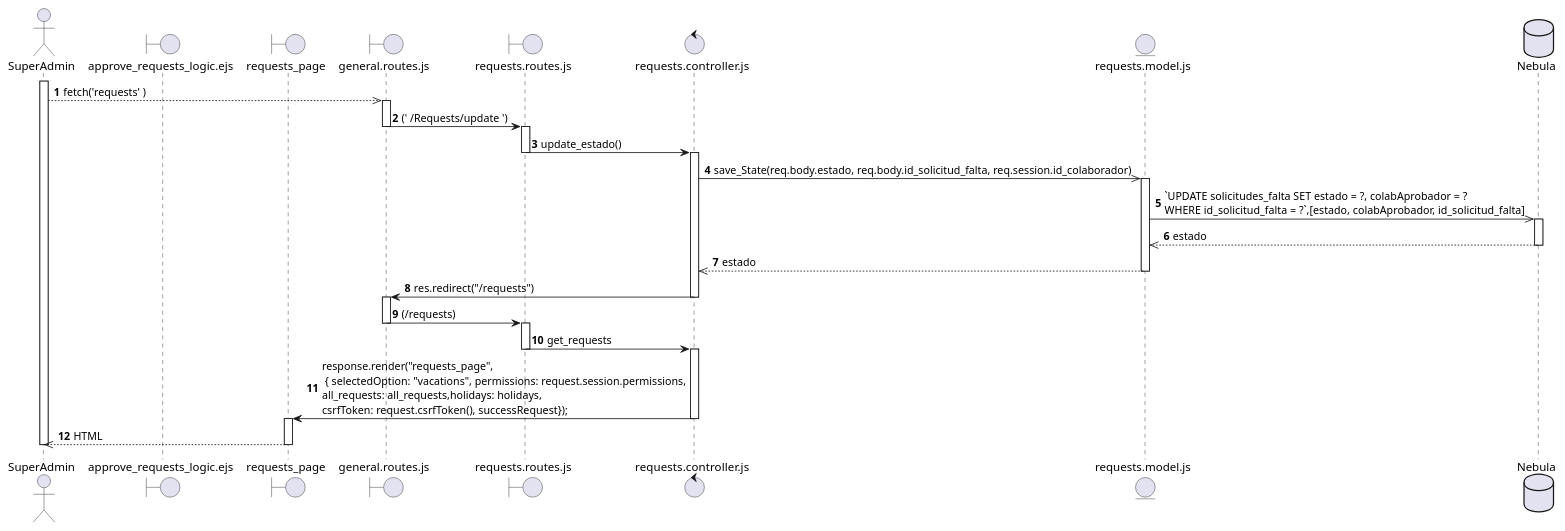
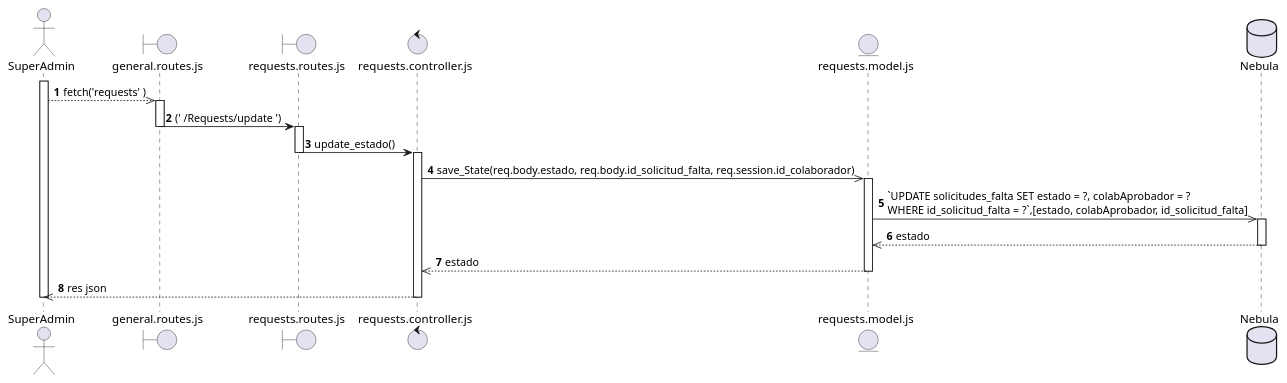
One commit to SALV19/Nebula_tc2005b changed the diagram in diagramas_secuencia/req27.puml. Above: the diagram before and after it, drawn with PlantUML. The commit also changed 3 other files, not shown here.

```diff
--- a/diagramas_secuencia/req27.puml
+++ b/diagramas_secuencia/req27.puml
@@ -1,57 +1,39 @@
 @startuml REQ_27 SuperAdmin registra aprobación de falta
 autonumber
 actor SuperAdmin as S
-boundary approve_requests_logic.ejs as Requests
-boundary requests_page as rq
 boundary general.routes.js as gr
 boundary requests.routes.js as SRoute
 control requests.controller.js as SController
 entity requests.model.js as SModel
 database Nebula as db
 
 ' ---- APROBAR SOLICITUD ----
 activate S
 S -->> gr : fetch('requests' )
 
 activate gr
 gr -> SRoute : (' /Requests/update ')
 deactivate gr 
 
 
 activate SRoute
 SRoute -> SController : update_estado()
 deactivate SRoute
 
 activate SController 
 SController ->> SModel : save_State(req.body.estado, req.body.id_solicitud_falta, req.session.id_colaborador)
 
 activate SModel
 SModel ->> db : `UPDATE solicitudes_falta SET estado = ?, colabAprobador = ? \nWHERE id_solicitud_falta = ?`,[estado, colabAprobador, id_solicitud_falta]
 activate db
 db -->> SModel : estado
 deactivate db
 
 SModel -->> SController : estado
 deactivate SModel
 
-SController -> gr : res.redirect("/requests")
+SController -->> S : res json
 deactivate SController
-
-activate gr
-gr -> SRoute : (/requests)
-deactivate gr 
-
-activate SRoute 
-SRoute -> SController : get_requests
-deactivate SRoute 
-
-activate SController
-SController -> rq : response.render("requests_page", \n { selectedOption: "vacations", permissions: request.session.permissions, \nall_requests: all_requests,holidays: holidays, \ncsrfToken: request.csrfToken(), successRequest});
-deactivate SController
-
-activate rq 
-rq -->> S : HTML
-deactivate rq 
 
 deactivate S
 @enduml
```
